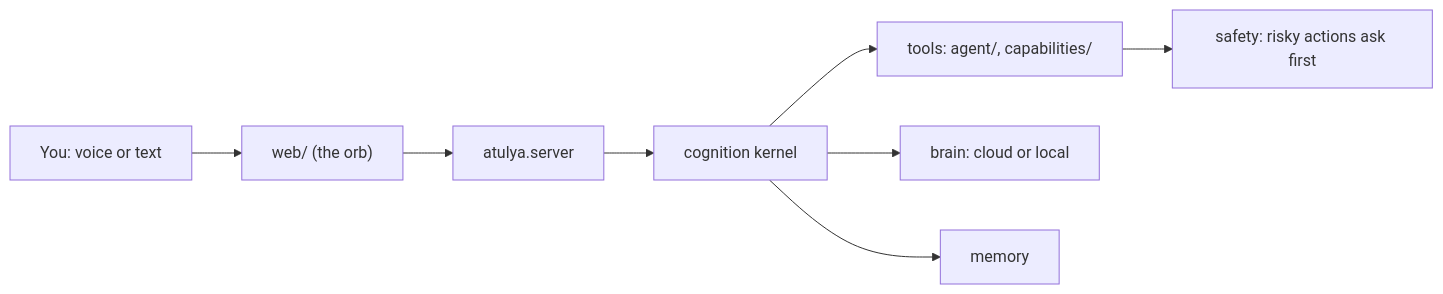
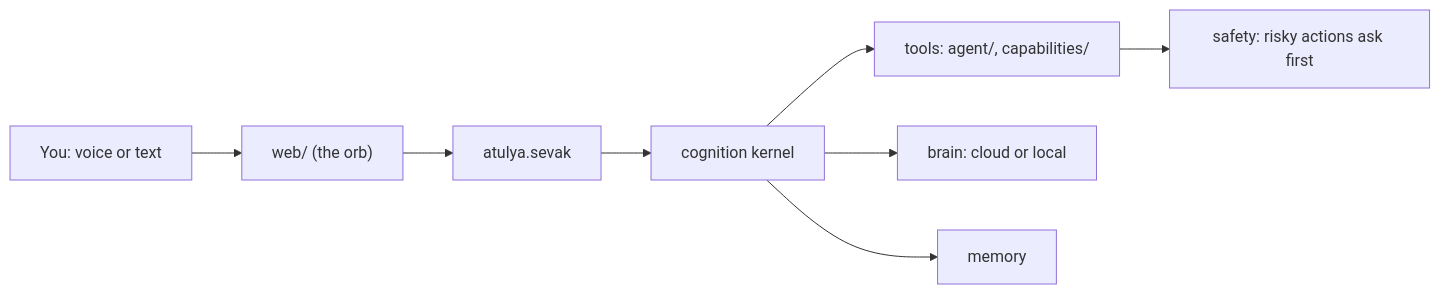
Before and after one commit to atulyaai/Atulya-Tantra: the diagram in README.md, drawn with Mermaid. The commit also changed other lines of this file and 267 other files, not shown here.

````diff
--- a/README.md
+++ b/README.md
@@ -166,10 +166,10 @@
 ```mermaid
 flowchart LR
     You["You: voice or text"] --> Web["web/ (the orb)"]
-    Web --> Server["atulya.server"]
+    Web --> Server["atulya.sevak"]
     Server --> Kernel["cognition kernel"]
     Kernel --> Tools["tools: agent/, capabilities/"]
     Kernel --> Brain["brain: cloud or local"]
     Kernel --> Memory["memory"]
     Tools --> Safety["safety: risky actions ask first"]
 ```
````
